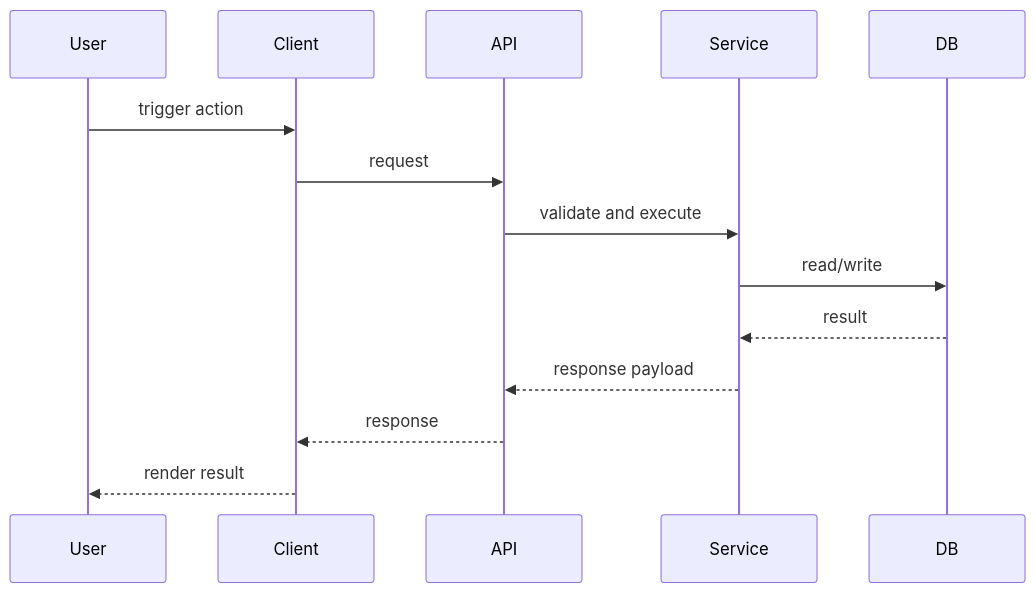
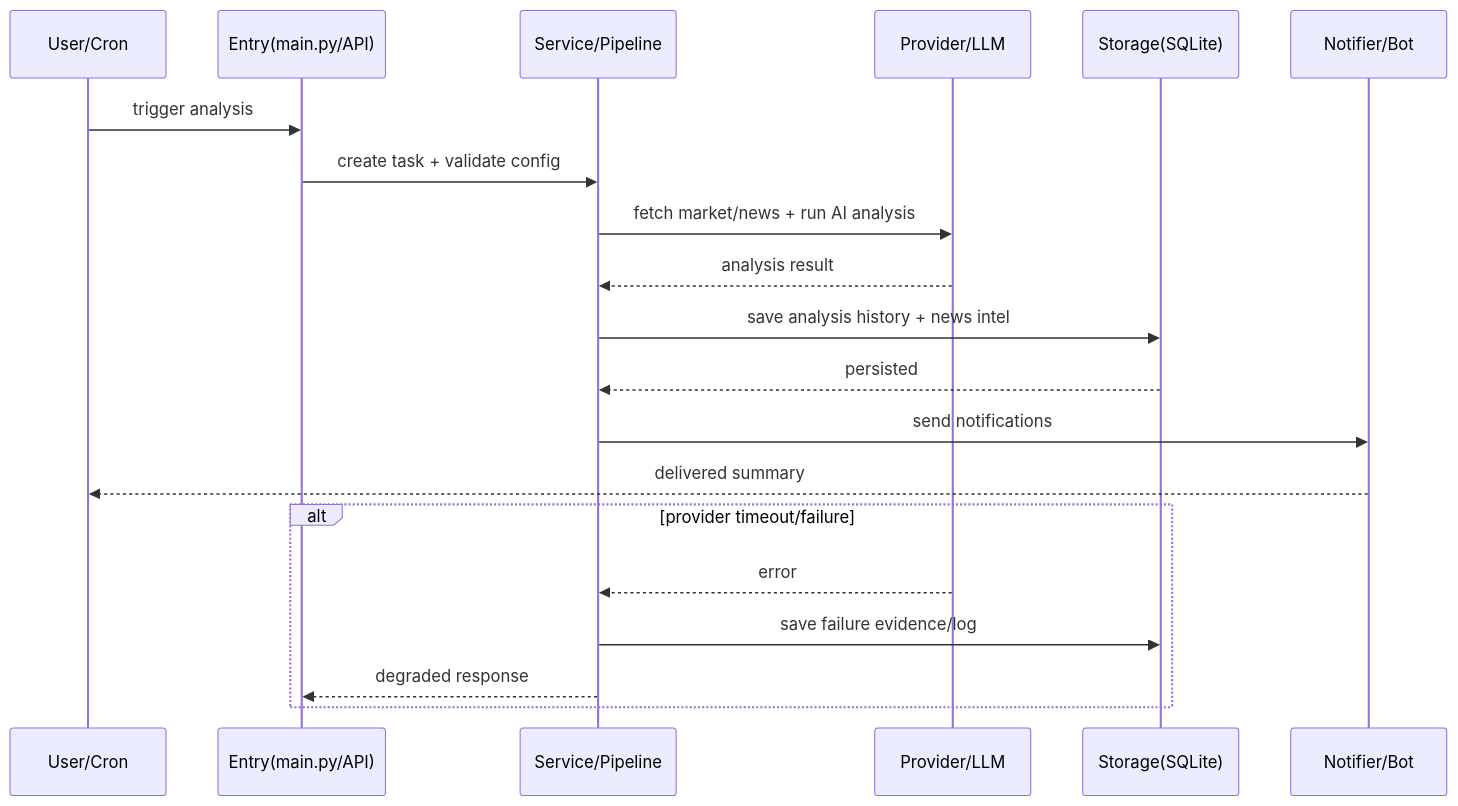
The diagram in docs/architecture/sequence-diagrams.md (niyaou/daily-notification), drawn with Mermaid before and after one commit. The commit also changed 254 other files, not shown here.

````diff
--- a/docs/architecture/sequence-diagrams.md
+++ b/docs/architecture/sequence-diagrams.md
@@ -3,17 +3,24 @@
 ```mermaid
 sequenceDiagram
-    participant U as User
-    participant C as Client
-    participant A as API
-    participant S as Service
-    participant D as DB
+    participant U as User/Cron
+    participant E as Entry(main.py/API)
+    participant S as Service/Pipeline
+    participant P as Provider/LLM
+    participant D as Storage(SQLite)
+    participant N as Notifier/Bot
 
-    U->>C: trigger action
-    C->>A: request
-    A->>S: validate and execute
-    S->>D: read/write
-    D-->>S: result
-    S-->>A: response payload
-    A-->>C: response
-    C-->>U: render result
+    U->>E: trigger analysis
+    E->>S: create task + validate config
+    S->>P: fetch market/news + run AI analysis
+    P-->>S: analysis result
+    S->>D: save analysis history + news intel
+    D-->>S: persisted
+    S->>N: send notifications
+    N-->>U: delivered summary
+
+    alt provider timeout/failure
+        P-->>S: error
+        S->>D: save failure evidence/log
+        S-->>E: degraded response
+    end
 ```
````
